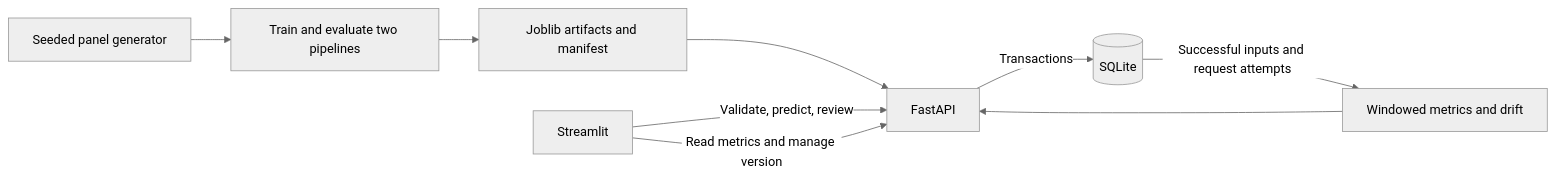
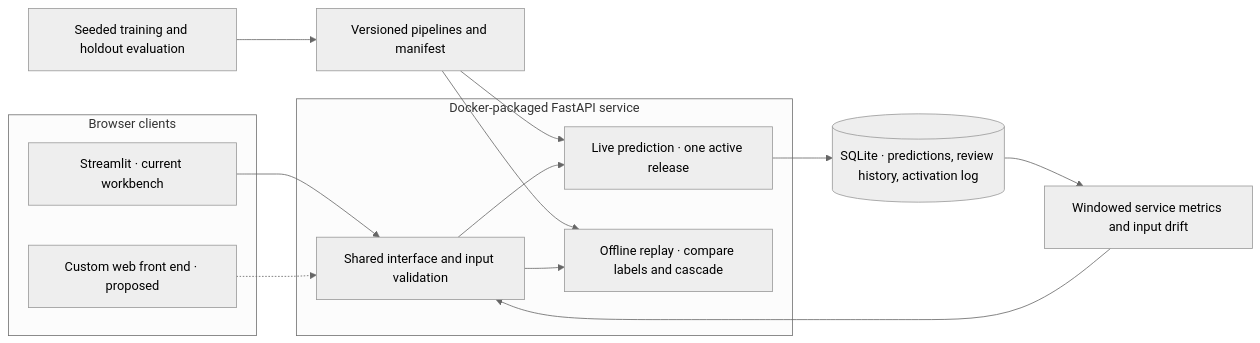
One commit to LoWeT3469/lab-model-review-workbench changed the diagram in docs/architecture.md. Above: the diagram before and after it, drawn with Mermaid (neutral theme). The commit also changed other lines of this file and 11 other files, not shown here.

Commit message:
Add label feedback replay and deployment architecture

````diff
--- a/docs/architecture.md
+++ b/docs/architecture.md
@@ -5,11 +5,22 @@
 ```mermaid
 flowchart LR
-  SYN["Seeded panel generator"] --> TRAIN["Train and evaluate two pipelines"]
-  TRAIN --> RELEASE["Joblib artifacts and manifest"]
-  RELEASE --> API["FastAPI"]
-  UI["Streamlit"] -->|"Validate, predict, review"| API
-  UI -->|"Read metrics and manage version"| API
-  API -->|"Transactions"| DB[("SQLite")]
-  DB -->|"Successful inputs and request attempts"| MON["Windowed metrics and drift"]
-  MON --> API
+  subgraph CLIENT["Browser clients"]
+    UI["Streamlit · current workbench"]
+    WEB["Custom web front end · proposed"]
+  end
+  subgraph SERVICE["Docker-packaged FastAPI service"]
+    CONTRACT["Shared interface and input validation"]
+    LIVE["Live prediction · one active release"]
+    REPLAY["Offline replay · compare labels and cascade"]
+  end
+  TRAIN["Seeded training and holdout evaluation"] --> RELEASE["Versioned pipelines and manifest"]
+  RELEASE --> LIVE
+  RELEASE --> REPLAY
+  UI --> CONTRACT
+  WEB -.-> CONTRACT
+  CONTRACT --> LIVE
+  CONTRACT --> REPLAY
+  LIVE --> DB[("SQLite · predictions, review history, activation log")]
+  DB --> MON["Windowed service metrics and input drift"]
+  MON --> CONTRACT
 ```
````
